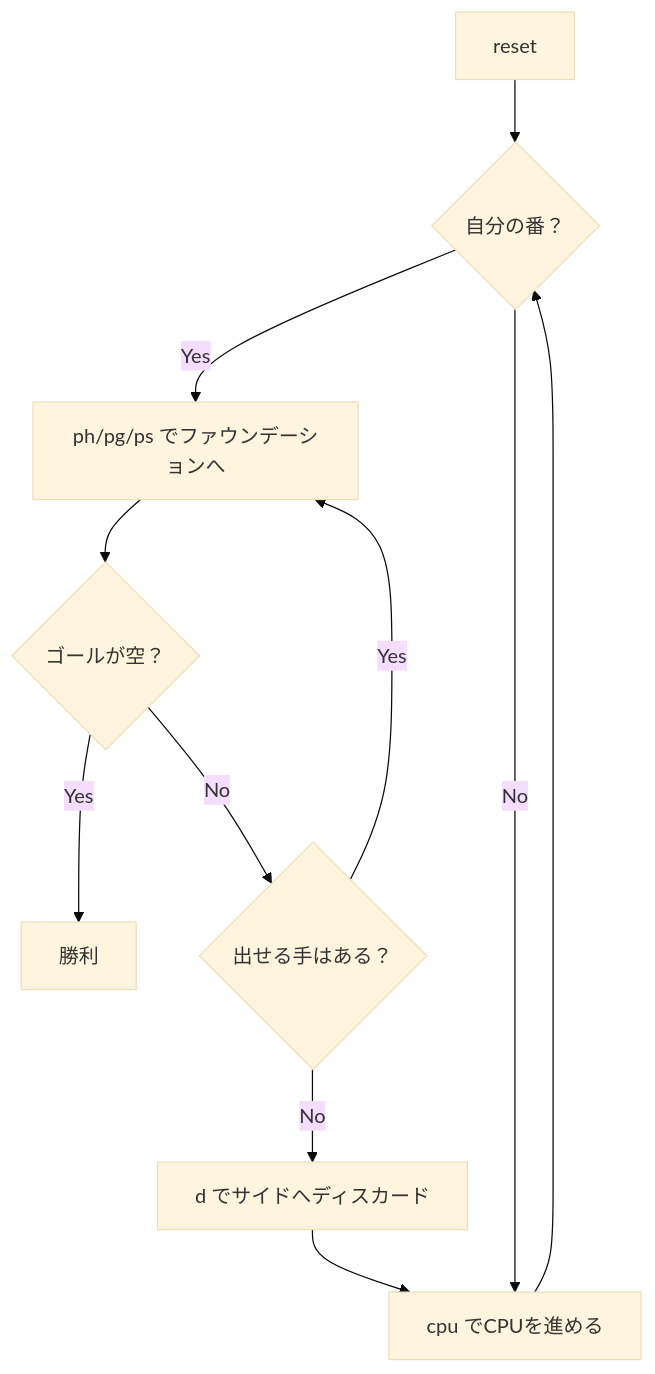
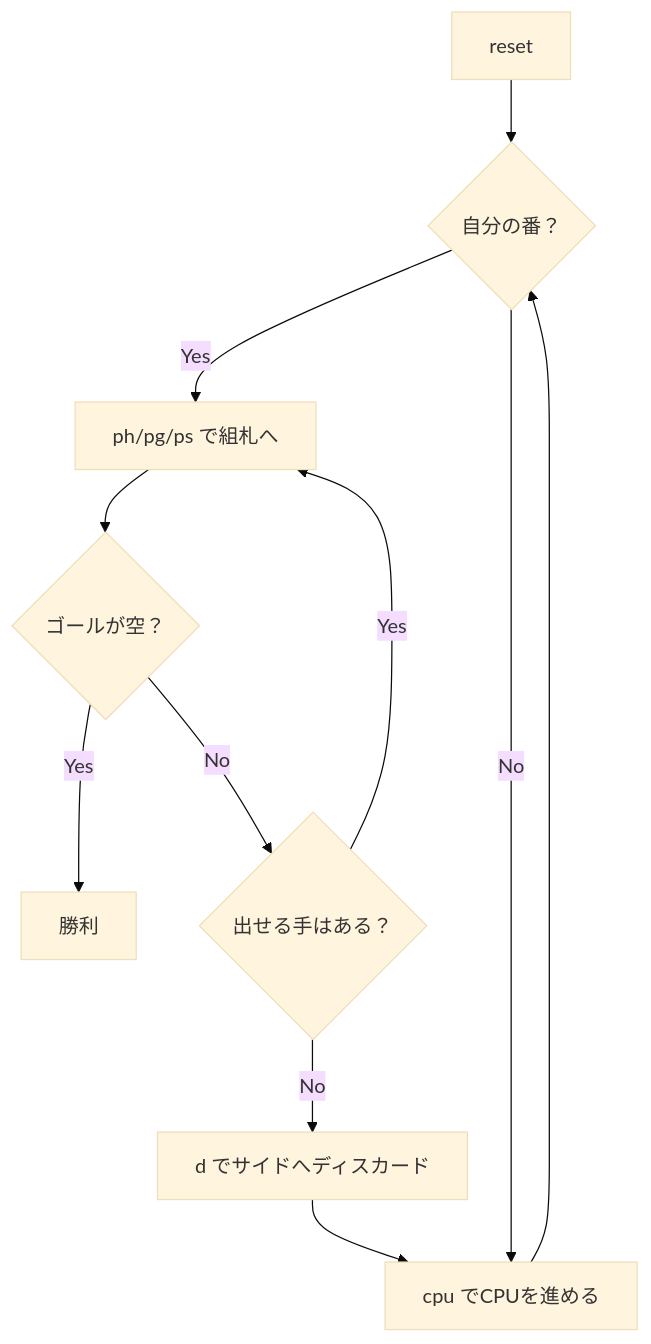
Before and after one commit to yuta-yoshinaga/go_trumpcards: the diagram in docs/manual/cui/spiteandmalice.md, drawn with Mermaid (base theme). The commit also changed other lines of this file and 33 other files, not shown here.

````diff
--- a/docs/manual/cui/spiteandmalice.md
+++ b/docs/manual/cui/spiteandmalice.md
@@ -29,13 +29,13 @@
 ```mermaid
 flowchart TD
     A[reset] --> B{自分の番？}
-    B -->|Yes| C[ph/pg/ps でファウンデーションへ]
+    B -->|Yes| C[ph/pg/ps で組札へ]
     B -->|No| D[cpu でCPUを進める]
     C --> E{ゴールが空？}
     E -->|Yes| F[勝利]
     E -->|No| G{出せる手はある？}
     G -->|Yes| C
     G -->|No| H[d でサイドへディスカード]
     H --> D
     D --> B
 ```
````
